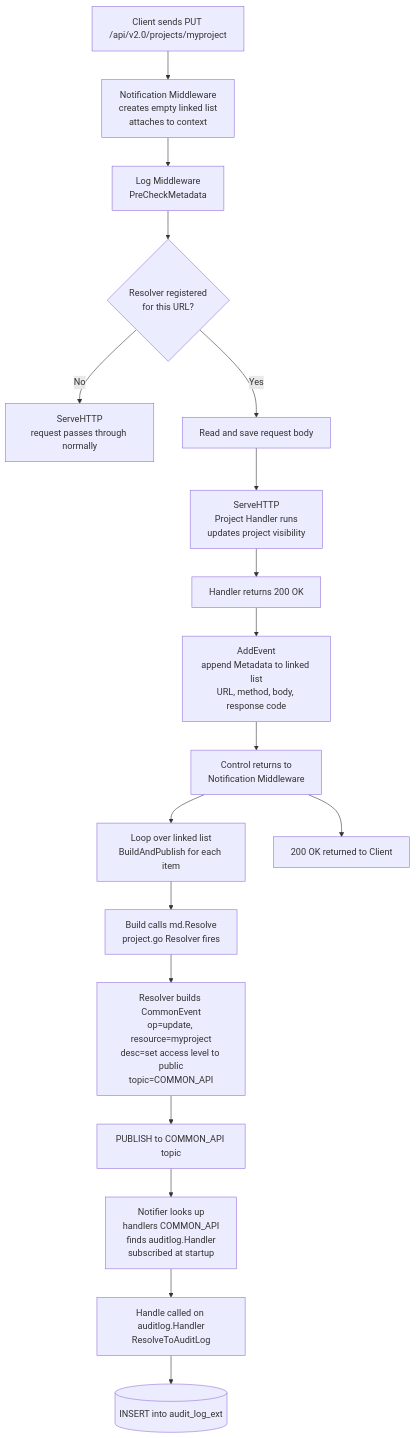
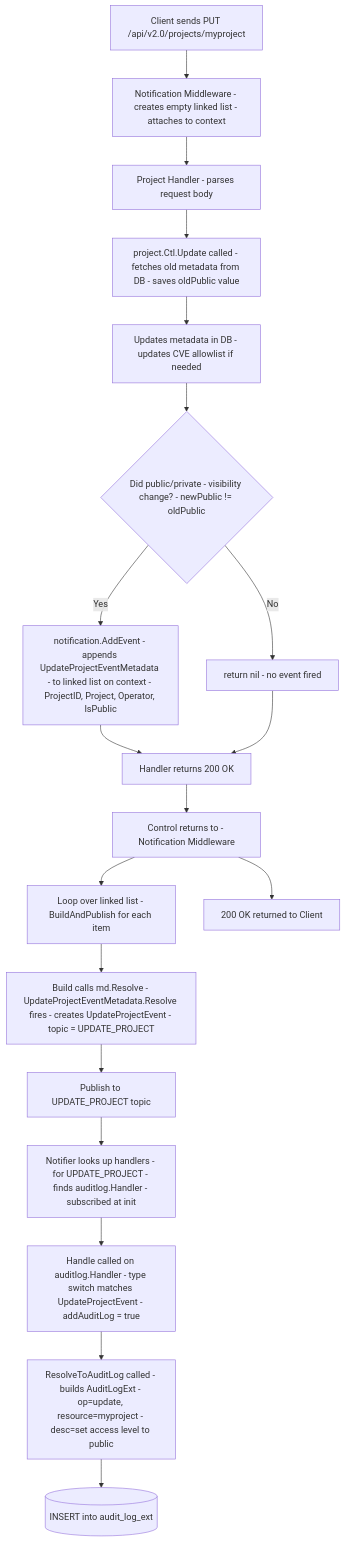
The diagram in harbor/23161.md (1Shubham7/braindump), drawn with Mermaid before and after one commit. The commit also changed other lines of this file, not shown here.

Commit message:
(chore): update braindump for 23161

````diff
--- a/harbor/23161.md
+++ b/harbor/23161.md
@@ -17,35 +19,37 @@
 ```mermaid
 flowchart TD
     A[Client sends PUT /api/v2.0/projects/myproject] --> B
 
-    B[Notification Middleware\ncreates empty linked list\nattaches to context] --> C
+    B[Notification Middleware - creates empty linked list - attaches to context] --> C
 
-    C[Log Middleware\nPreCheckMetadata] --> D{Resolver registered\nfor this URL?}
+    C[Project Handler - parses request body] --> D
 
-    D -- No --> E[ServeHTTP\nrequest passes through normally]
-    D -- Yes --> F[Read and save request body]
+    D[project.Ctl.Update called - fetches old metadata from DB - saves oldPublic value] --> E
 
-    F --> G[ServeHTTP\nProject Handler runs\nupdates project visibility]
+    E[Updates metadata in DB - updates CVE allowlist if needed] --> F
 
-    G --> H[Handler returns 200 OK]
+    F{Did public/private - visibility change? - newPublic != oldPublic} -- No --> G[return nil - no event fired]
 
-    H --> I[AddEvent\nappend Metadata to linked list\nURL, method, body, response code]
+    F -- Yes --> H[notification.AddEvent - appends UpdateProjectEventMetadata - to linked list on context - ProjectID, Project, Operator, IsPublic]
 
-    I --> J[Control returns to\nNotification Middleware]
+    H --> I[Handler returns 200 OK]
+    G --> I
 
-    J --> K[Loop over linked list\nBuildAndPublish for each item]
+    I --> J[Control returns to - Notification Middleware]
 
-    K --> L[Build calls md.Resolve\nproject.go Resolver fires]
+    J --> K[Loop over linked list - BuildAndPublish for each item]
 
-    L --> M[Resolver builds CommonEvent\nop=update, resource=myproject\ndesc=set access level to public\ntopic=COMMON_API]
+    K --> L[Build calls md.Resolve - UpdateProjectEventMetadata.Resolve fires - creates UpdateProjectEvent - topic = UPDATE_PROJECT]
 
-    M --> N[PUBLISH to COMMON_API topic]
+    L --> M[Publish to UPDATE_PROJECT topic]
 
-    N --> O[Notifier looks up\nhandlers COMMON_API\nfinds auditlog.Handler\nsubscribed at startup]
+    M --> N[Notifier looks up handlers - for UPDATE_PROJECT - finds auditlog.Handler - subscribed at init]
 
-    O --> P[Handle called on auditlog.Handler\nResolveToAuditLog]
+    N --> O[Handle called on auditlog.Handler - type switch matches UpdateProjectEvent - addAuditLog = true]
+
+    O --> P[ResolveToAuditLog called - builds AuditLogExt - op=update, resource=myproject - desc=set access level to public]
 
     P --> Q[(INSERT into audit_log_ext)]
 
     J --> R[200 OK returned to Client]
 ```
````
